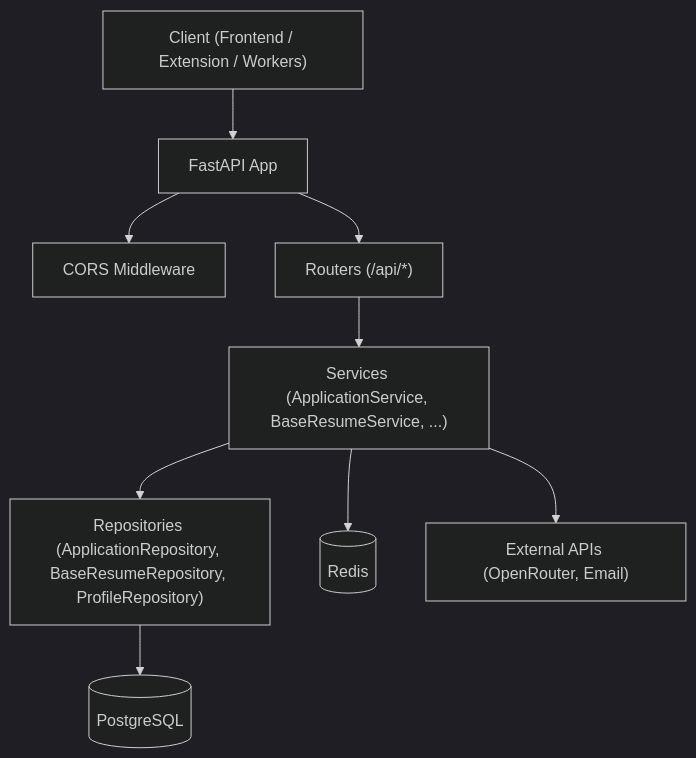
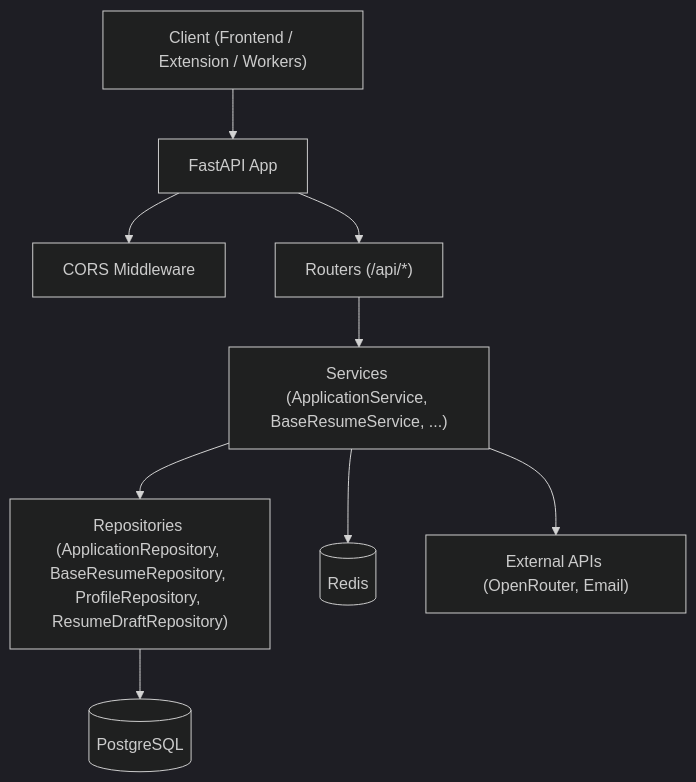
Before and after one commit to sankaL/resume-app: the second of 14 diagrams in .qoder/repowiki/en/content/Backend API/Backend API.md, drawn with Mermaid (dark theme). The commit also changed other lines of this file and 19 other files, not shown here.

````diff
--- a/.qoder/repowiki/en/content/Backend API/Backend API.md
+++ b/.qoder/repowiki/en/content/Backend API/Backend API.md
@@ -141,20 +153,20 @@
 ```mermaid
 graph TB
 Client["Client (Frontend / Extension / Workers)"]
 API["FastAPI App"]
 MW["CORS Middleware"]
 Routers["Routers (/api/*)"]
 Services["Services (ApplicationService, BaseResumeService, ...)"]
-Repos["Repositories (ApplicationRepository, BaseResumeRepository, ProfileRepository)"]
+Repos["Repositories (ApplicationRepository, BaseResumeRepository, ProfileRepository, ResumeDraftRepository)"]
 DB[("PostgreSQL")]
 Redis[("Redis")]
 Ext["External APIs (OpenRouter, Email)"]
 Client --> API
 API --> MW
 API --> Routers
 Routers --> Services
 Services --> Repos
 Repos --> DB
 Services --> Redis
 Services --> Ext
 ```
````
